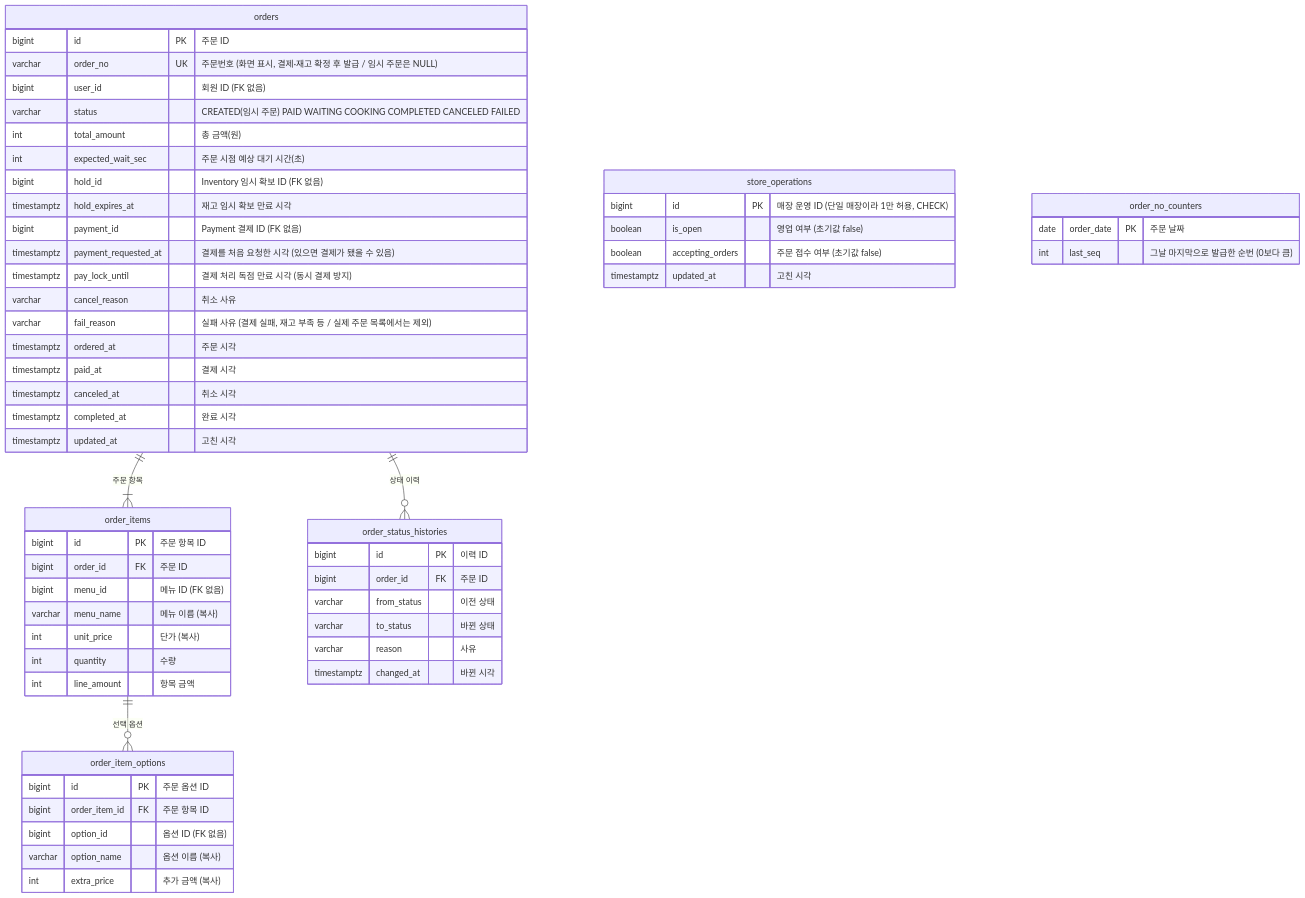
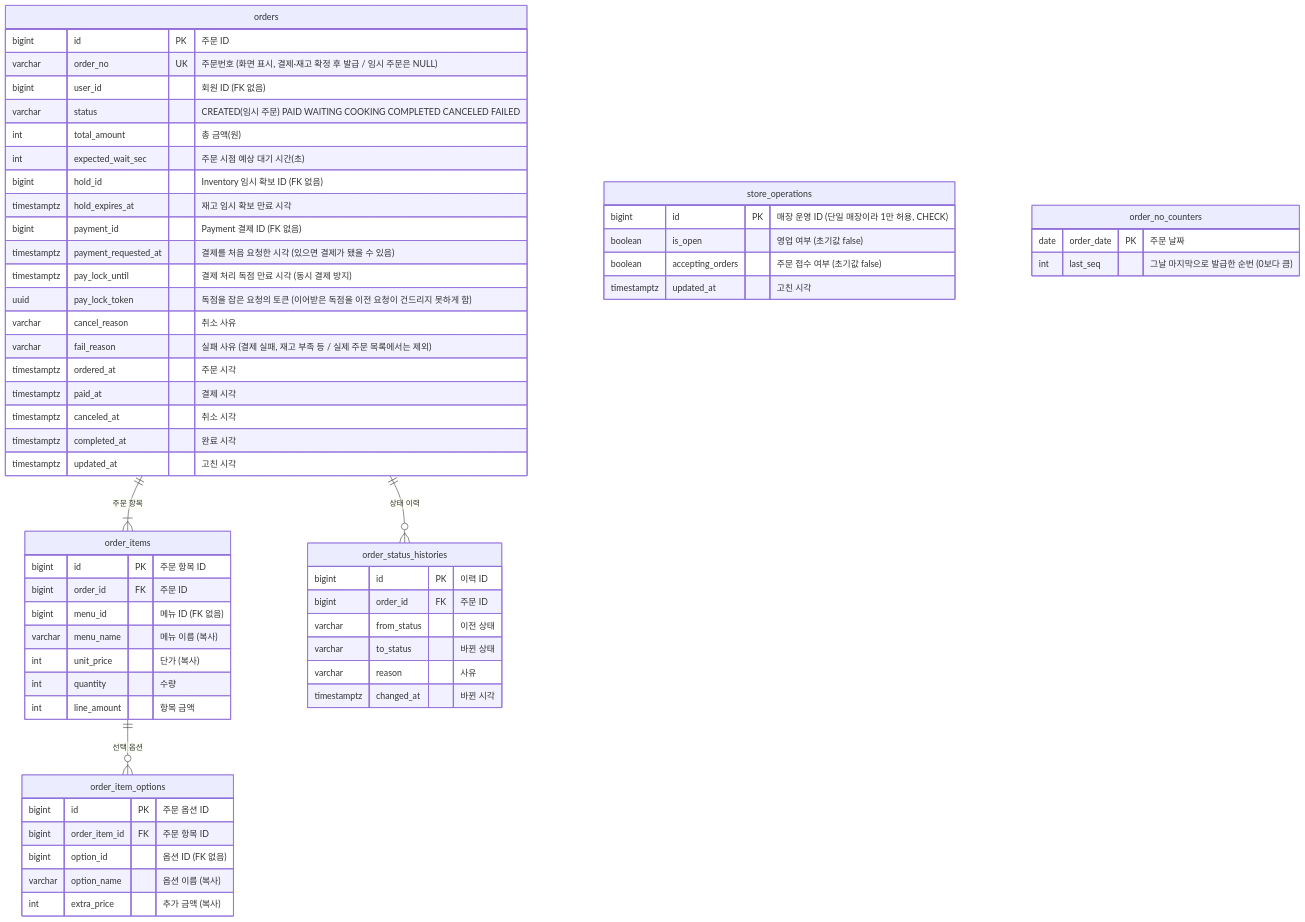
The fourth of 9 diagrams in docs/erd/notion-draft.md (ktcloud-cloudnative-2026/team02-5xx), drawn with Mermaid before and after one commit. The commit also changed other lines of this file and 1 other file, not shown here.

Commit message:
docs: 결제 처리 독점의 소유권 토큰(pay_lock_token) 반영 (#97)

````diff
--- a/docs/erd/notion-draft.md
+++ b/docs/erd/notion-draft.md
@@ -193,66 +193,67 @@
 ```mermaid
 erDiagram
     orders ||--|{ order_items : "주문 항목"
     order_items ||--o{ order_item_options : "선택 옵션"
     orders ||--o{ order_status_histories : "상태 이력"
 
     orders {
         bigint id PK "주문 ID"
         varchar order_no UK "주문번호 (화면 표시, 결제·재고 확정 후 발급 / 임시 주문은 NULL)"
         bigint user_id "회원 ID (FK 없음)"
         varchar status "CREATED(임시 주문) PAID WAITING COOKING COMPLETED CANCELED FAILED"
         int total_amount "총 금액(원)"
         int expected_wait_sec "주문 시점 예상 대기 시간(초)"
         bigint hold_id "Inventory 임시 확보 ID (FK 없음)"
         timestamptz hold_expires_at "재고 임시 확보 만료 시각"
         bigint payment_id "Payment 결제 ID (FK 없음)"
         timestamptz payment_requested_at "결제를 처음 요청한 시각 (있으면 결제가 됐을 수 있음)"
         timestamptz pay_lock_until "결제 처리 독점 만료 시각 (동시 결제 방지)"
+        uuid pay_lock_token "독점을 잡은 요청의 토큰 (이어받은 독점을 이전 요청이 건드리지 못하게 함)"
         varchar cancel_reason "취소 사유"
         varchar fail_reason "실패 사유 (결제 실패, 재고 부족 등 / 실제 주문 목록에서는 제외)"
         timestamptz ordered_at "주문 시각"
         timestamptz paid_at "결제 시각"
         timestamptz canceled_at "취소 시각"
         timestamptz completed_at "완료 시각"
         timestamptz updated_at "고친 시각"
     }
 
     order_items {
         bigint id PK "주문 항목 ID"
         bigint order_id FK "주문 ID"
         bigint menu_id "메뉴 ID (FK 없음)"
         varchar menu_name "메뉴 이름 (복사)"
         int unit_price "단가 (복사)"
         int quantity "수량"
         int line_amount "항목 금액"
     }
 
     order_item_options {
         bigint id PK "주문 옵션 ID"
         bigint order_item_id FK "주문 항목 ID"
         bigint option_id "옵션 ID (FK 없음)"
         varchar option_name "옵션 이름 (복사)"
         int extra_price "추가 금액 (복사)"
     }
 
     order_status_histories {
         bigint id PK "이력 ID"
         bigint order_id FK "주문 ID"
         varchar from_status "이전 상태"
         varchar to_status "바뀐 상태"
         varchar reason "사유"
         timestamptz changed_at "바뀐 시각"
     }
 
     store_operations {
         bigint id PK "매장 운영 ID (단일 매장이라 1만 허용, CHECK)"
         boolean is_open "영업 여부 (초기값 false)"
         boolean accepting_orders "주문 접수 여부 (초기값 false)"
         timestamptz updated_at "고친 시각"
     }
 
     order_no_counters {
         date order_date PK "주문 날짜"
         int last_seq "그날 마지막으로 발급한 순번 (0보다 큼)"
     }
 ```
````
